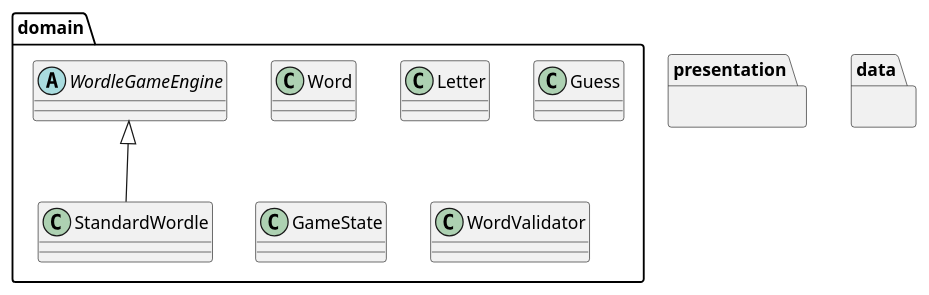
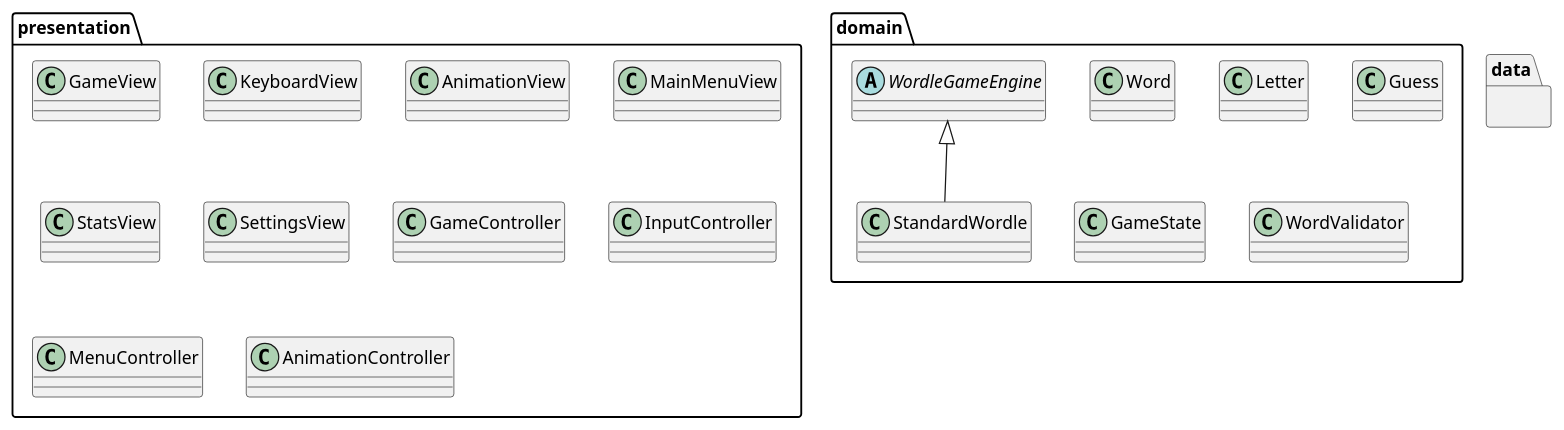
One commit to nu-cs-sw-design/project-20252601-cubes changed the diagram in docs/design/design.puml. Above: the diagram before and after it, drawn with PlantUML.

Commit message:
presentation

```diff
--- a/docs/design/design.puml
+++ b/docs/design/design.puml
@@ -1,25 +1,36 @@
 @startuml
 
 package presentation {
-}
+     class GameView {}
+     class KeyboardView {}
+     class AnimationView {}
+     class MainMenuView {}
+     class StatsView {}
+     class SettingsView {}
+
+     class GameController {}
+     class InputController {}
+     class MenuController {}
+     class AnimationController {}
+ }
 package domain {
     class Word {
     }
     class Letter {
     }
     class Guess {
     }
     abstract class WordleGameEngine {
     }
     class StandardWordle extends WordleGameEngine {
     }
     class GameState {
     }
     class WordValidator {
     }
 
 }
 package data {
 }
 
 @enduml
```
